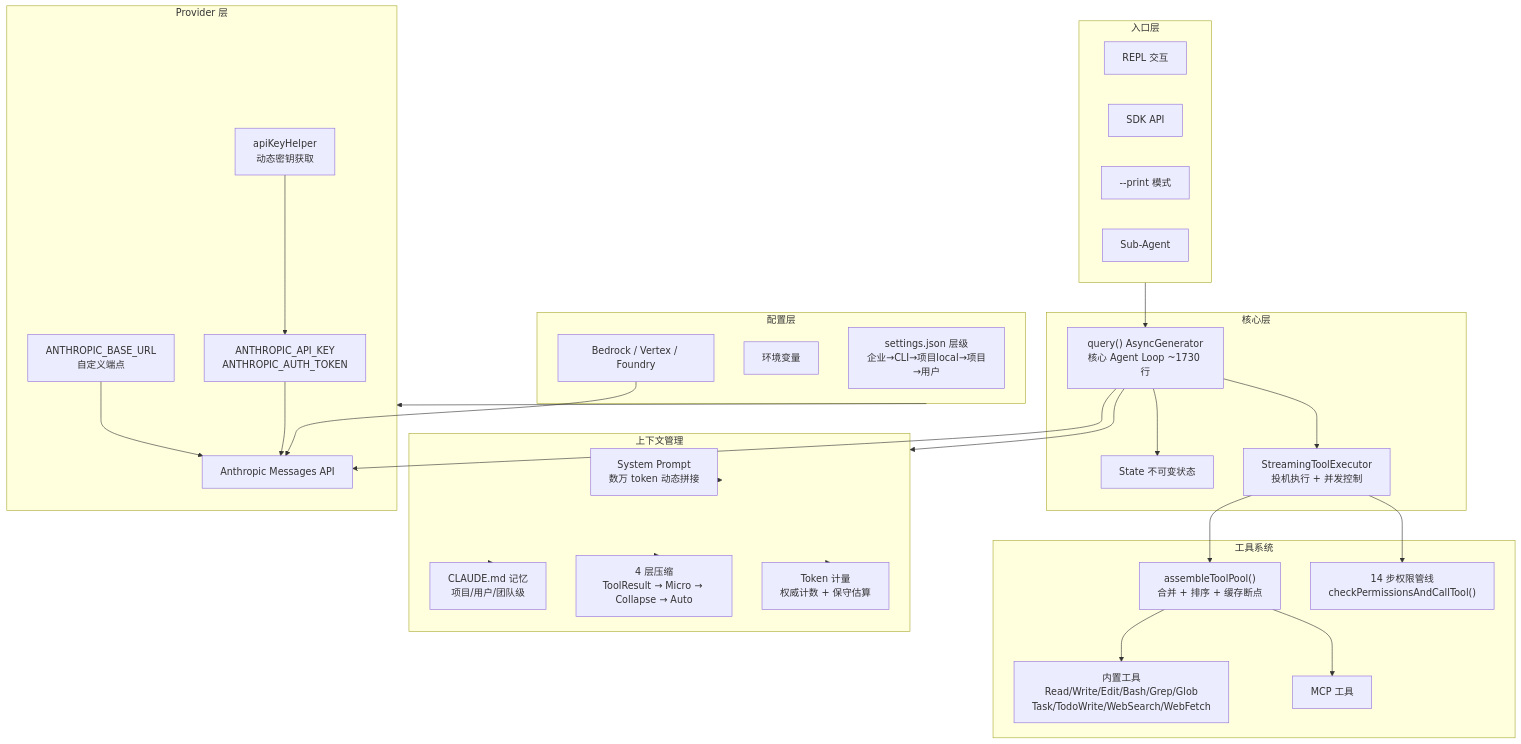
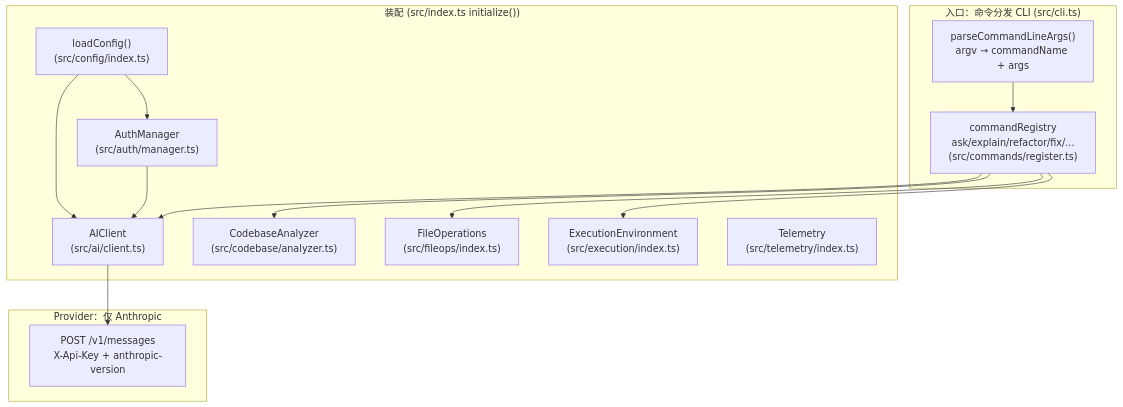
The diagram in research/source-analysis/claude-code/architecture-overview.md (Tandem-Agents/zhixing), drawn with Mermaid before and after one commit. The commit also changed other lines of this file and 7 other files, not shown here.

First line of the commit message:
docs(research/source-analysis): add skill system deep-read and re-verify architecture overviews

````diff
--- a/research/source-analysis/claude-code/architecture-overview.md
+++ b/research/source-analysis/claude-code/architecture-overview.md
@@ -23,61 +30,31 @@
 ```mermaid
 graph TB
-    subgraph Entry ["入口层"]
-        REPL["REPL 交互"]
-        SDK["SDK API"]
-        Print["--print 模式"]
-        SubAgent["Sub-Agent"]
+    subgraph Entry ["入口：命令分发 CLI (src/cli.ts)"]
+        ArgParse["parseCommandLineArgs()<br/>argv → commandName + args"]
+        Registry["commandRegistry<br/>ask/explain/refactor/fix/...<br/>(src/commands/register.ts)"]
     end
 
-    subgraph Core ["核心层"]
-        Query["query() AsyncGenerator<br/>核心 Agent Loop ~1730 行"]
-        State["State 不可变状态"]
-        ToolExecutor["StreamingToolExecutor<br/>投机执行 + 并发控制"]
+    subgraph Bootstrap ["装配 (src/index.ts initialize())"]
+        Config["loadConfig()<br/>(src/config/index.ts)"]
+        Auth["AuthManager<br/>(src/auth/manager.ts)"]
+        AI["AIClient<br/>(src/ai/client.ts)"]
+        Codebase["CodebaseAnalyzer<br/>(src/codebase/analyzer.ts)"]
+        FileOps["FileOperations<br/>(src/fileops/index.ts)"]
+        Exec["ExecutionEnvironment<br/>(src/execution/index.ts)"]
+        Telemetry["Telemetry<br/>(src/telemetry/index.ts)"]
     end
 
-    subgraph ToolSystem ["工具系统"]
-        BuiltinTools["内置工具<br/>Read/Write/Edit/Bash/Grep/Glob<br/>Task/TodoWrite/WebSearch/WebFetch"]
-        MCPTools["MCP 工具"]
-        ToolPool["assembleToolPool()<br/>合并 + 排序 + 缓存断点"]
-        PermPipeline["14 步权限管线<br/>checkPermissionsAndCallTool()"]
+    subgraph Provider ["Provider：仅 Anthropic"]
+        Messages["POST /v1/messages<br/>X-Api-Key + anthropic-version"]
     end
 
-    subgraph Context ["上下文管理"]
-        SysPrompt["System Prompt<br/>数万 token 动态拼接"]
-        Memory["CLAUDE.md 记忆<br/>项目/用户/团队级"]
-        Compact["4 层压缩<br/>ToolResult → Micro → Collapse → Auto"]
-        TokenCount["Token 计量<br/>权威计数 + 保守估算"]
-    end
-
-    subgraph Provider ["Provider 层"]
-        AnthropicAPI["Anthropic Messages API"]
-        BaseURL["ANTHROPIC_BASE_URL<br/>自定义端点"]
-        APIKey["ANTHROPIC_API_KEY<br/>ANTHROPIC_AUTH_TOKEN"]
-        KeyHelper["apiKeyHelper<br/>动态密钥获取"]
-    end
-
-    subgraph Config ["配置层"]
-        Settings["settings.json 层级<br/>企业→CLI→项目local→项目→用户"]
-        EnvVars["环境变量"]
-        Bedrock["Bedrock / Vertex / Foundry"]
-    end
-
-    Entry --> Query
-    Query --> State
-    Query --> ToolExecutor
-    ToolExecutor --> ToolPool
-    ToolPool --> BuiltinTools
-    ToolPool --> MCPTools
-    ToolExecutor --> PermPipeline
-    Query --> Context
-    Context --> SysPrompt
-    Context --> Memory
-    Context --> Compact
-    Context --> TokenCount
-    Query --> AnthropicAPI
-    Config --> Provider
-    BaseURL --> AnthropicAPI
-    APIKey --> AnthropicAPI
-    KeyHelper --> APIKey
-    Bedrock --> AnthropicAPI
+    ArgParse --> Registry
+    Registry --> AI
+    Config --> AI
+    Config --> Auth
+    Auth --> AI
+    Registry --> Codebase
+    Registry --> FileOps
+    Registry --> Exec
+    AI --> Messages
 ```
````
